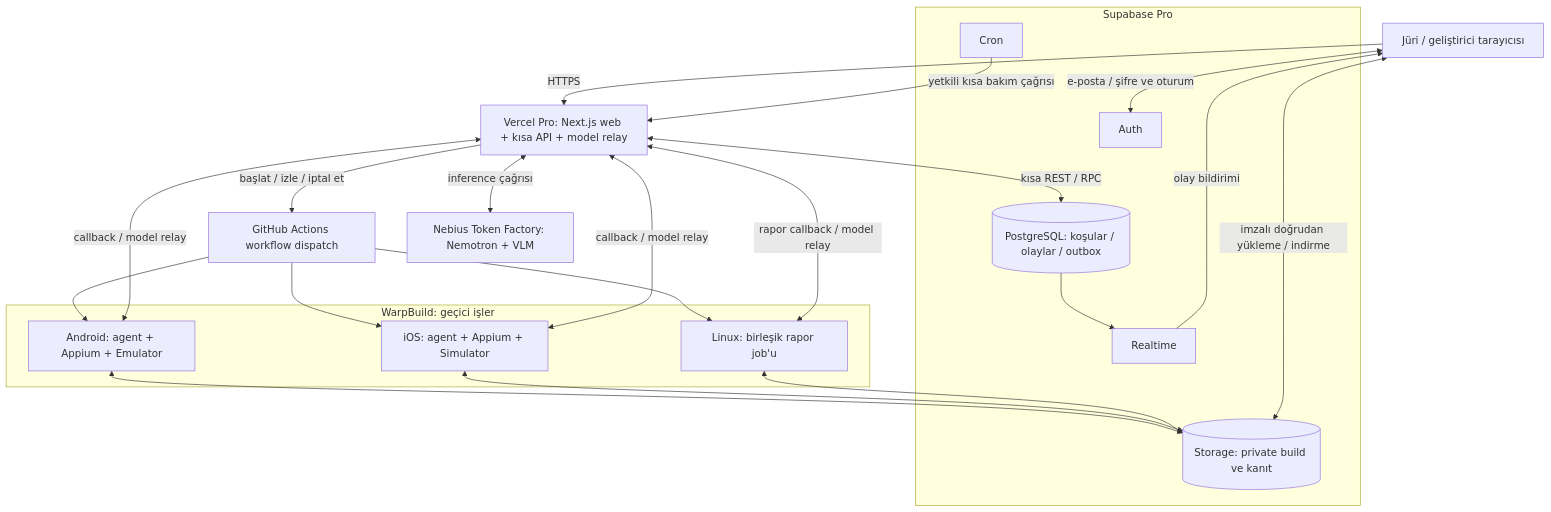
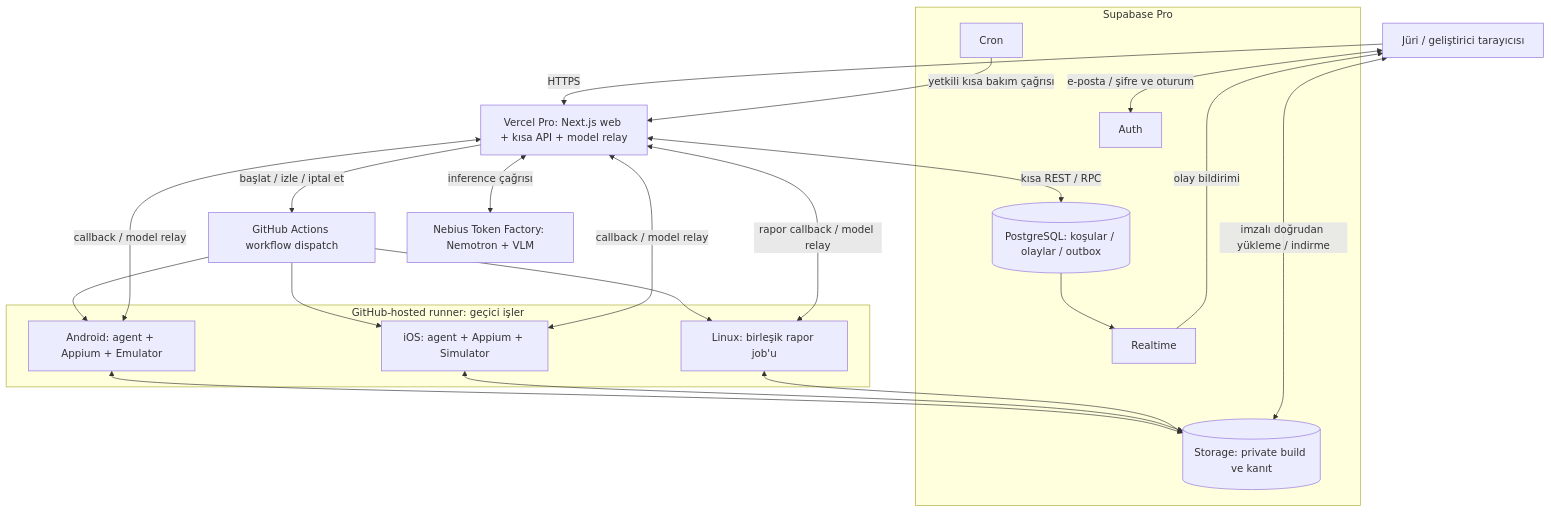
Before and after one commit to OzzyD07/TapScout: the first of 2 diagrams in docs/02-architecture.md, drawn with Mermaid. The commit also changed other lines of this file and 5 other files, not shown here.

First line of the commit message:
docs: run device jobs on GitHub-hosted runners instead of WarpBuild

````diff
--- a/docs/02-architecture.md
+++ b/docs/02-architecture.md
@@ -34,37 +34,37 @@
 ```mermaid
 flowchart TB
     J["Jüri / geliştirici tarayıcısı"]
     V["Vercel Pro: Next.js web + kısa API + model relay"]
     subgraph S["Supabase Pro"]
         AU["Auth"]
         DB[("PostgreSQL: koşular / olaylar / outbox")]
         RT["Realtime"]
         CR["Cron"]
         F[("Storage: private build ve kanıt")]
     end
     G["GitHub Actions workflow dispatch"]
-    subgraph W["WarpBuild: geçici işler"]
+    subgraph W["GitHub-hosted runner: geçici işler"]
         A["Android: agent + Appium + Emulator"]
         I["iOS: agent + Appium + Simulator"]
         P["Linux: birleşik rapor job'u"]
     end
     N["Nebius Token Factory: Nemotron + VLM"]
     J -->|HTTPS| V
     J <-->|"e-posta / şifre ve oturum"| AU
     V <-->|"kısa REST / RPC"| DB
     CR -->|"yetkili kısa bakım çağrısı"| V
     V -->|"başlat / izle / iptal et"| G
     G --> A
     G --> I
     G --> P
     A <-->|"callback / model relay"| V
     I <-->|"callback / model relay"| V
     P <-->|"rapor callback / model relay"| V
     V <-->|"inference çağrısı"| N
     A <--> F
     I <--> F
     P <--> F
     DB --> RT
     RT -->|"olay bildirimi"| J
     J <-->|"imzalı doğrudan yükleme / indirme"| F
 ```
````
